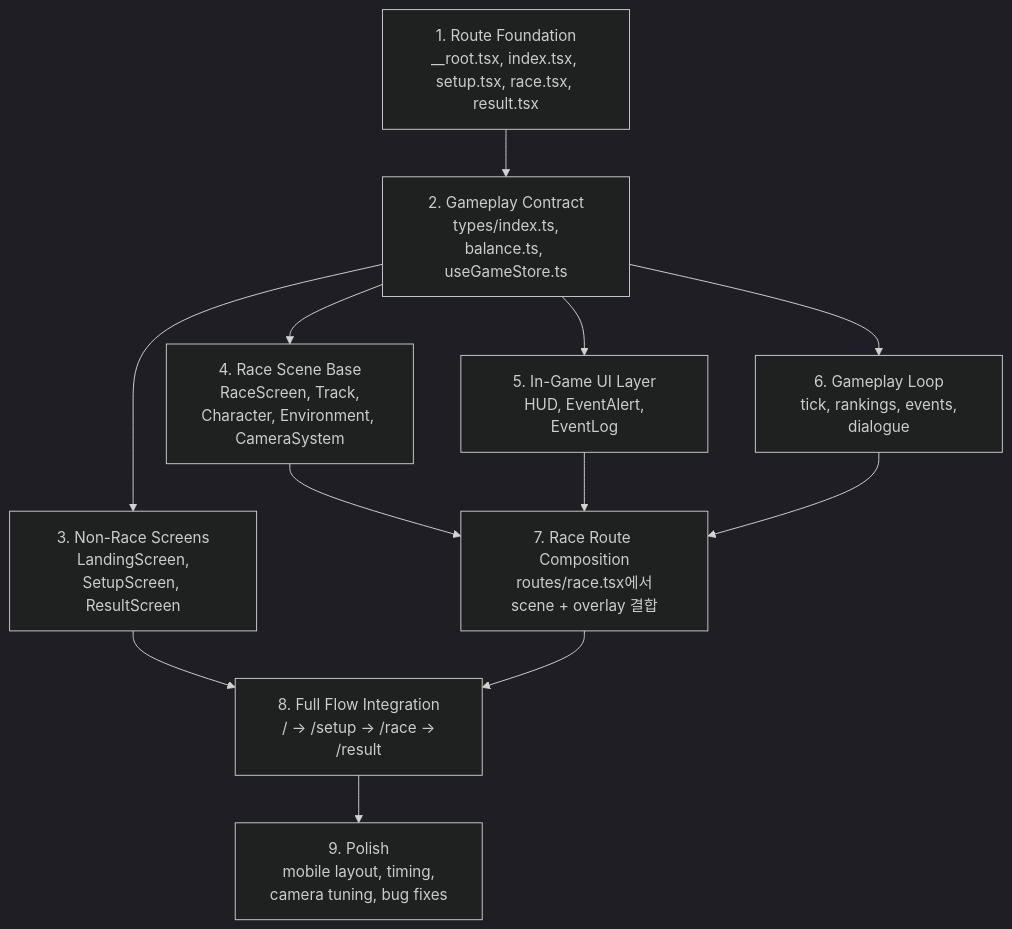
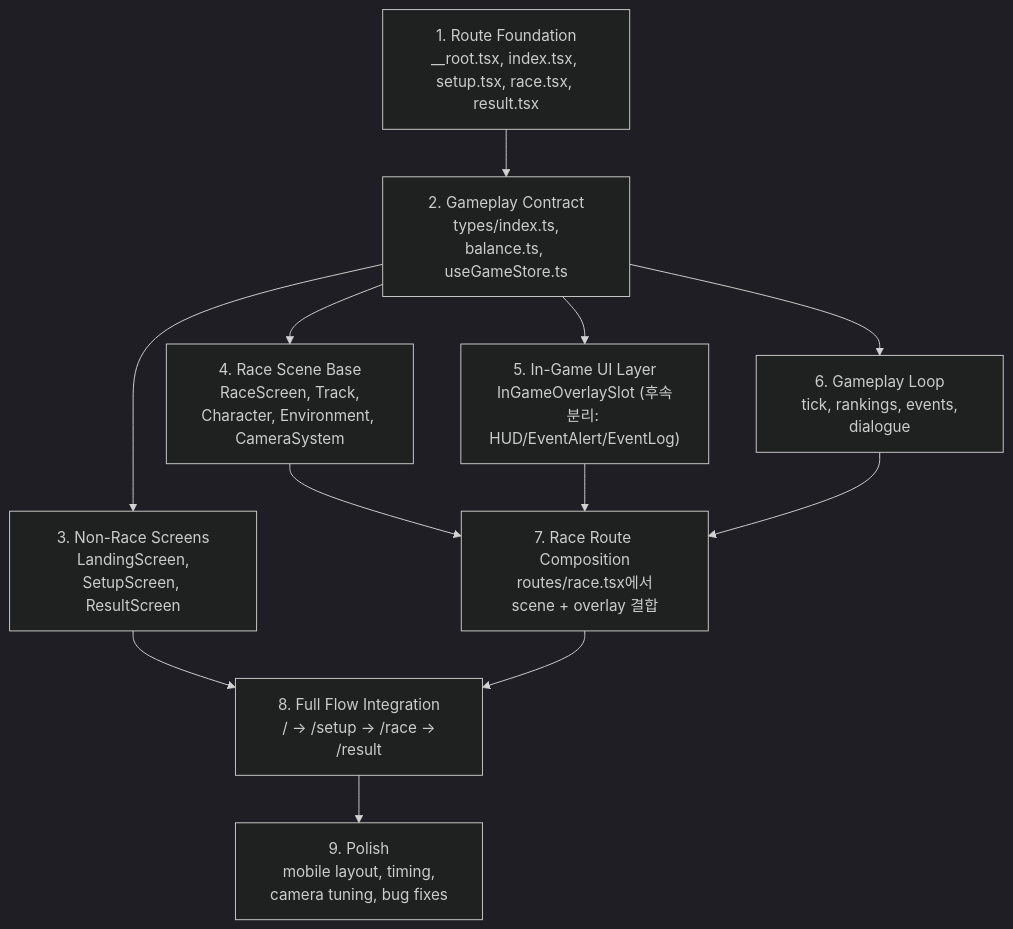
Before and after one commit to BBAK-jun/mountain-race-workspace: the third of 4 diagrams in docs/plans/README.md, drawn with Mermaid (dark theme). The commit also changed other lines of this file and 5 other files, not shown here.

First line of the commit message:
docs(plans): sync plan docs with current overlay architecture

````diff
--- a/docs/plans/README.md
+++ b/docs/plans/README.md
@@ -81,14 +81,14 @@
 ```mermaid
 flowchart TD
     A["1. Route Foundation\n__root.tsx, index.tsx, setup.tsx, race.tsx, result.tsx"] --> B["2. Gameplay Contract\n types/index.ts, balance.ts, useGameStore.ts"]
     B --> C["3. Non-Race Screens\n LandingScreen, SetupScreen, ResultScreen"]
     B --> D["4. Race Scene Base\n RaceScreen, Track, Character, Environment, CameraSystem"]
-    B --> E["5. In-Game UI Layer\n HUD, EventAlert, EventLog"]
+    B --> E["5. In-Game UI Layer\n InGameOverlaySlot (후속 분리: HUD/EventAlert/EventLog)"]
     B --> F["6. Gameplay Loop\n tick, rankings, events, dialogue"]
     D --> G["7. Race Route Composition\n routes/race.tsx에서 scene + overlay 결합"]
     E --> G
     F --> G
     C --> H["8. Full Flow Integration\n / -> /setup -> /race -> /result"]
     G --> H
     H --> I["9. Polish\n mobile layout, timing, camera tuning, bug fixes"]
 ```
````
